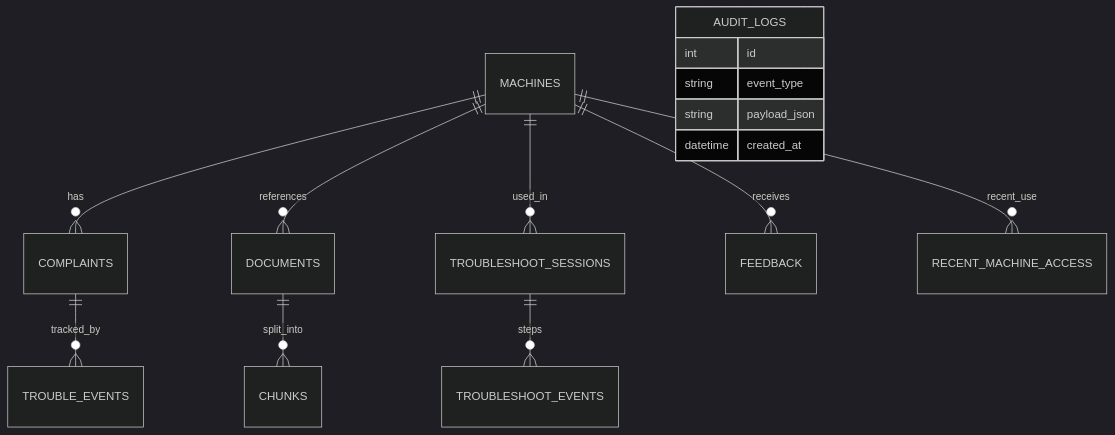
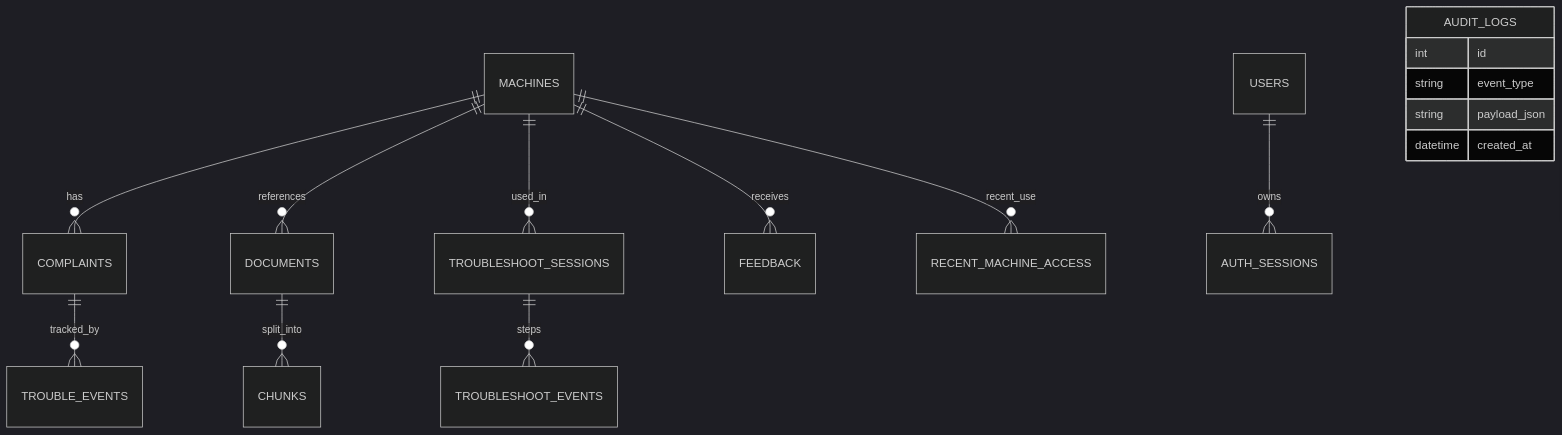
The third of 5 diagrams in docs/SYSTEM_IMPLEMENTATION_DETAILED.md (tanishy7777/iitb_rag), drawn with Mermaid (dark theme) before and after one commit. The commit also changed other lines of this file and 20 other files, not shown here.

First line of the commit message:
feat: add RBAC auth, admin user management, and hybrid   LLM-assisted troubleshooting flow

````diff
--- a/docs/SYSTEM_IMPLEMENTATION_DETAILED.md
+++ b/docs/SYSTEM_IMPLEMENTATION_DETAILED.md
@@ -175,20 +180,22 @@
 ```mermaid
 erDiagram
     MACHINES ||--o{ COMPLAINTS : has
     COMPLAINTS ||--o{ TROUBLE_EVENTS : tracked_by
     MACHINES ||--o{ DOCUMENTS : references
     DOCUMENTS ||--o{ CHUNKS : split_into
 
     TROUBLESHOOT_SESSIONS ||--o{ TROUBLESHOOT_EVENTS : steps
     MACHINES ||--o{ TROUBLESHOOT_SESSIONS : used_in
 
     MACHINES ||--o{ FEEDBACK : receives
     MACHINES ||--o{ RECENT_MACHINE_ACCESS : recent_use
 
+    USERS ||--o{ AUTH_SESSIONS : owns
+
     AUDIT_LOGS {
       int id
       string event_type
       string payload_json
       datetime created_at
     }
 ```
````
